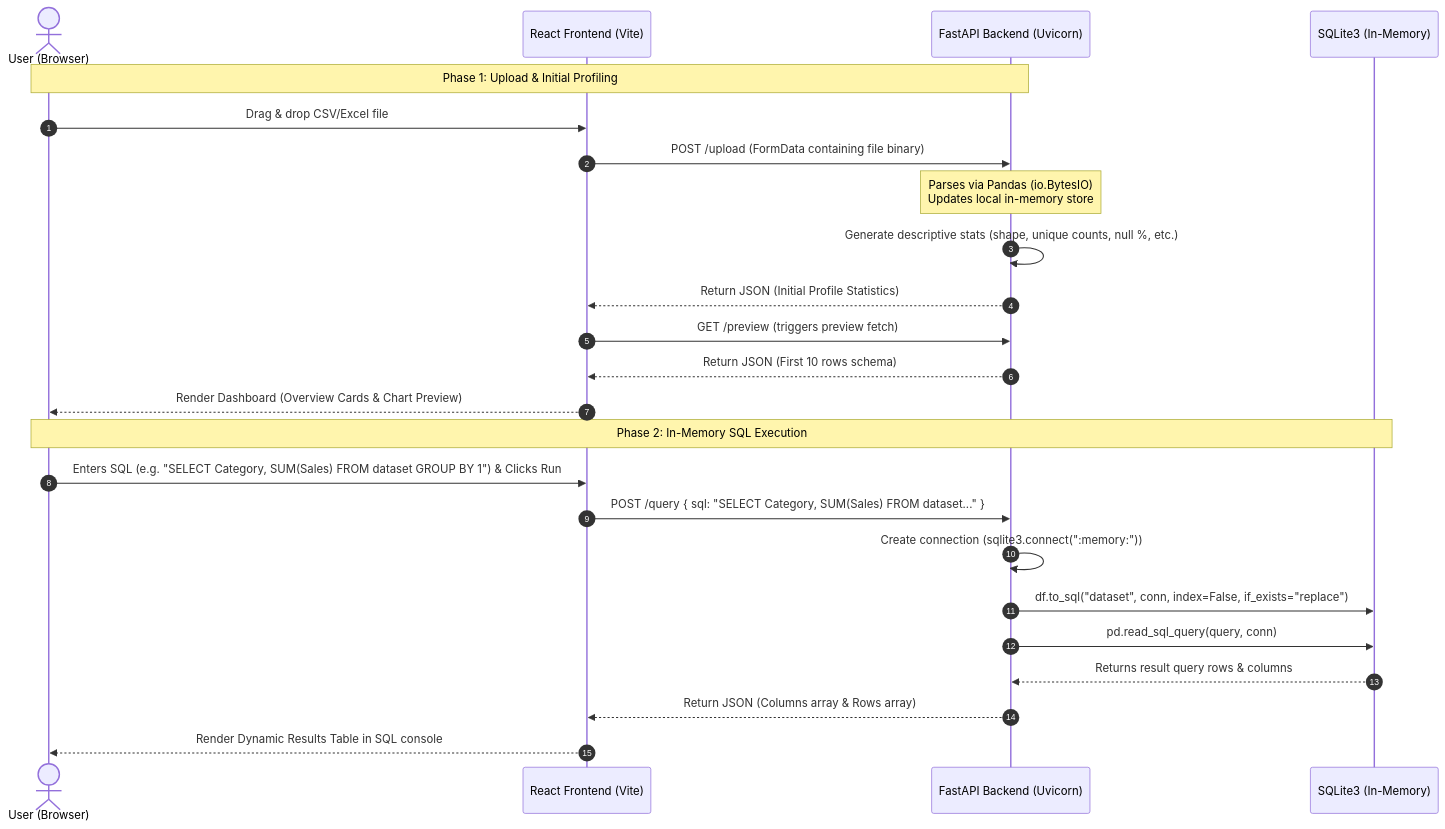
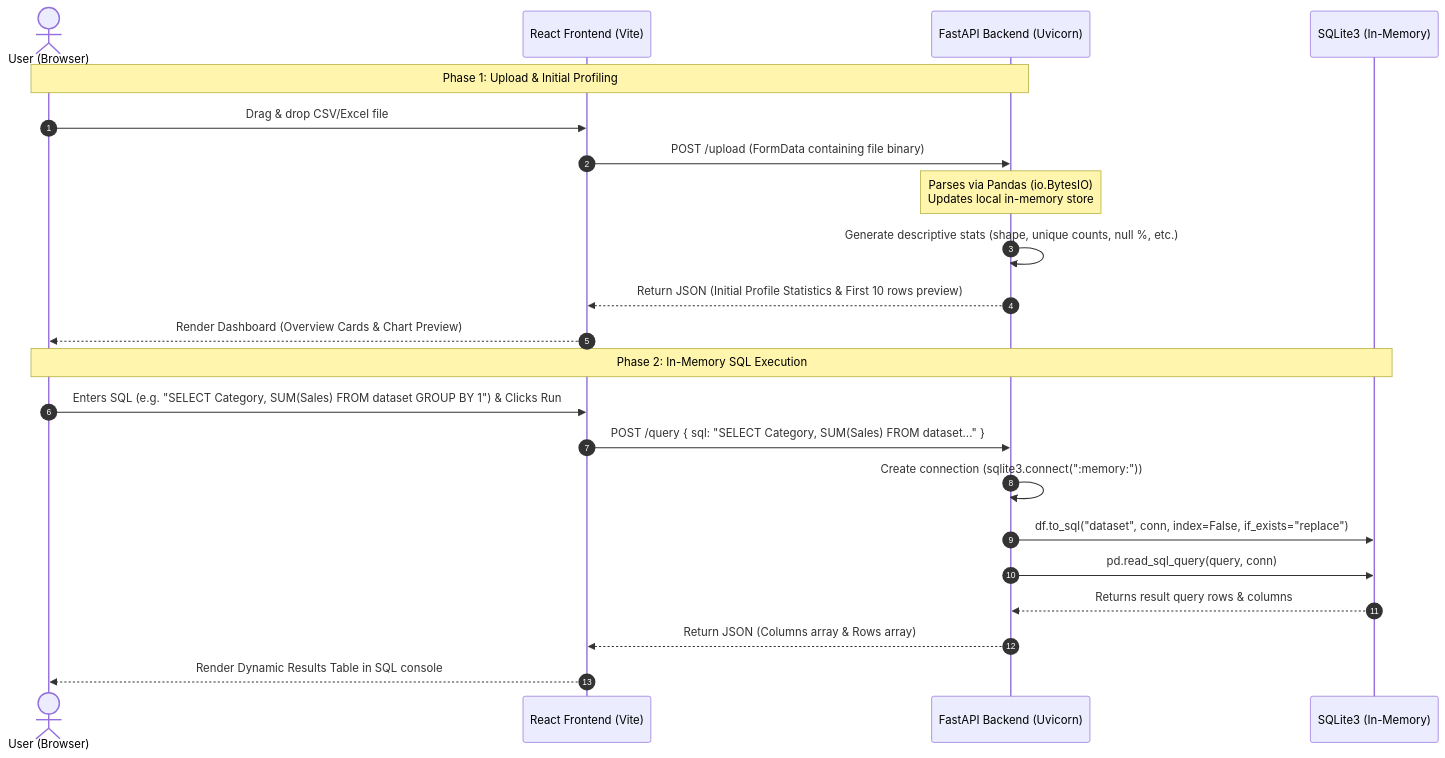
The diagram in Frontend/README.md (Ayushi20052006/DataLens), drawn with Mermaid before and after one commit. The commit also changed other lines of this file and 1 other file, not shown here.

````diff
--- a/Frontend/README.md
+++ b/Frontend/README.md
@@ -11,30 +11,28 @@
 ```mermaid
 sequenceDiagram
     autonumber
     actor User as User (Browser)
     participant FE as React Frontend (Vite)
     participant BE as FastAPI Backend (Uvicorn)
     participant DB as SQLite3 (In-Memory)
 
     %% Flow 1: Uploading a Dataset
     Note over User, BE: Phase 1: Upload & Initial Profiling
     User->>FE: Drag & drop CSV/Excel file
     FE->>BE: POST /upload (FormData containing file binary)
     Note over BE: Parses via Pandas (io.BytesIO)<br/>Updates local in-memory store
     BE->>BE: Generate descriptive stats (shape, unique counts, null %, etc.)
-    BE-->>FE: Return JSON (Initial Profile Statistics)
-    FE->>BE: GET /preview (triggers preview fetch)
-    BE-->>FE: Return JSON (First 10 rows schema)
+    BE-->>FE: Return JSON (Initial Profile Statistics & First 10 rows preview)
     FE-->>User: Render Dashboard (Overview Cards & Chart Preview)
 
     %% Flow 2: Running SQL Queries
     Note over User, DB: Phase 2: In-Memory SQL Execution
     User->>FE: Enters SQL (e.g. "SELECT Category, SUM(Sales) FROM dataset GROUP BY 1") & Clicks Run
     FE->>BE: POST /query { sql: "SELECT Category, SUM(Sales) FROM dataset..." }
     BE->>BE: Create connection (sqlite3.connect(":memory:"))
     BE->>DB: df.to_sql("dataset", conn, index=False, if_exists="replace")
     BE->>DB: pd.read_sql_query(query, conn)
     DB-->>BE: Returns result query rows & columns
     BE-->>FE: Return JSON (Columns array & Rows array)
     FE-->>User: Render Dynamic Results Table in SQL console
 ```
````
